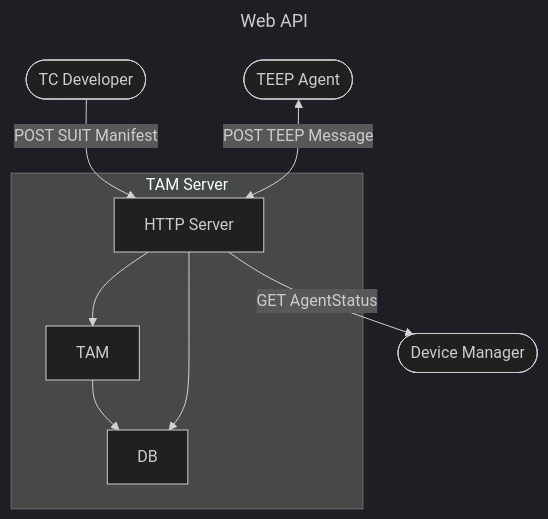
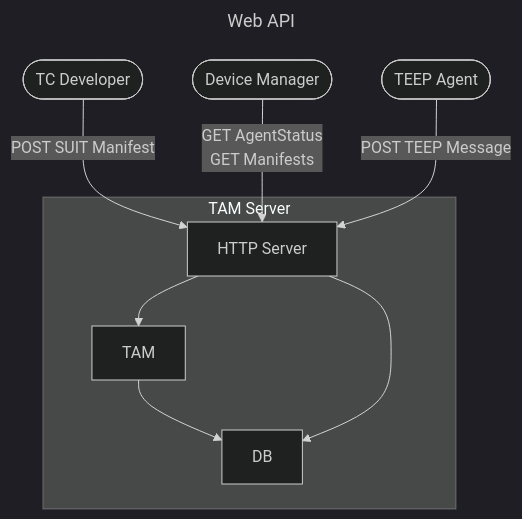
The diagram in doc/EXTERNAL_DESIGN.md (kentakayama/tam-over-http), drawn with Mermaid (dark theme) before and after one commit.

Commit message:
update: external design

````diff
--- a/doc/EXTERNAL_DESIGN.md
+++ b/doc/EXTERNAL_DESIGN.md
@@ -3,22 +3,22 @@
 ```mermaid
 ---
 title: Web API
 ---
 
 flowchart TB
 
 TCDeveloper([TC Developer]) -- POST SUIT Manifest --> HTTPServer
-HTTPServer -- GET AgentStatus --> DeviceManager([Device Manager])
-TEEPAgent([TEEP Agent]) <-- POST TEEP Message --> HTTPServer
+DeviceManager([Device Manager]) -- GET AgentStatus<br/>GET Manifests --> HTTPServer
+TEEPAgent([TEEP Agent]) -- POST TEEP Message --> HTTPServer
 
 subgraph TAM Server
     HTTPServer[HTTP Server]
     TAMoverHTTP[TAM]
     DBMS[DB]
 
     HTTPServer --> TAMoverHTTP
     TAMoverHTTP --> DBMS
     HTTPServer --> DBMS
 end
 
 ```
````
